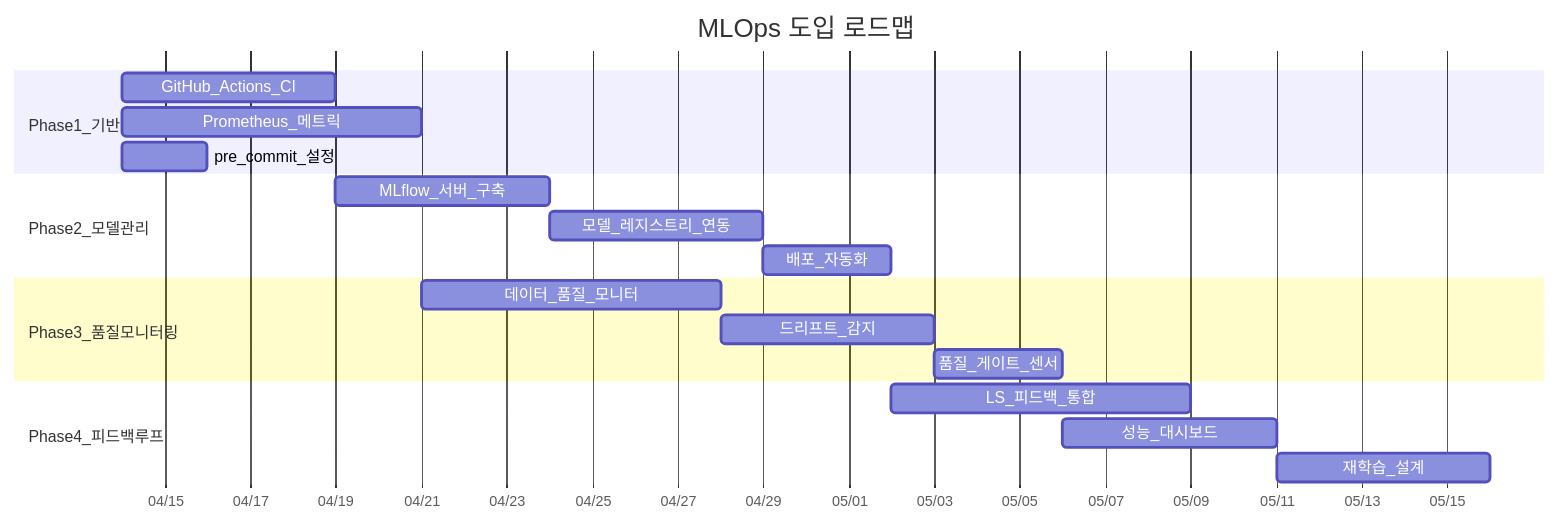
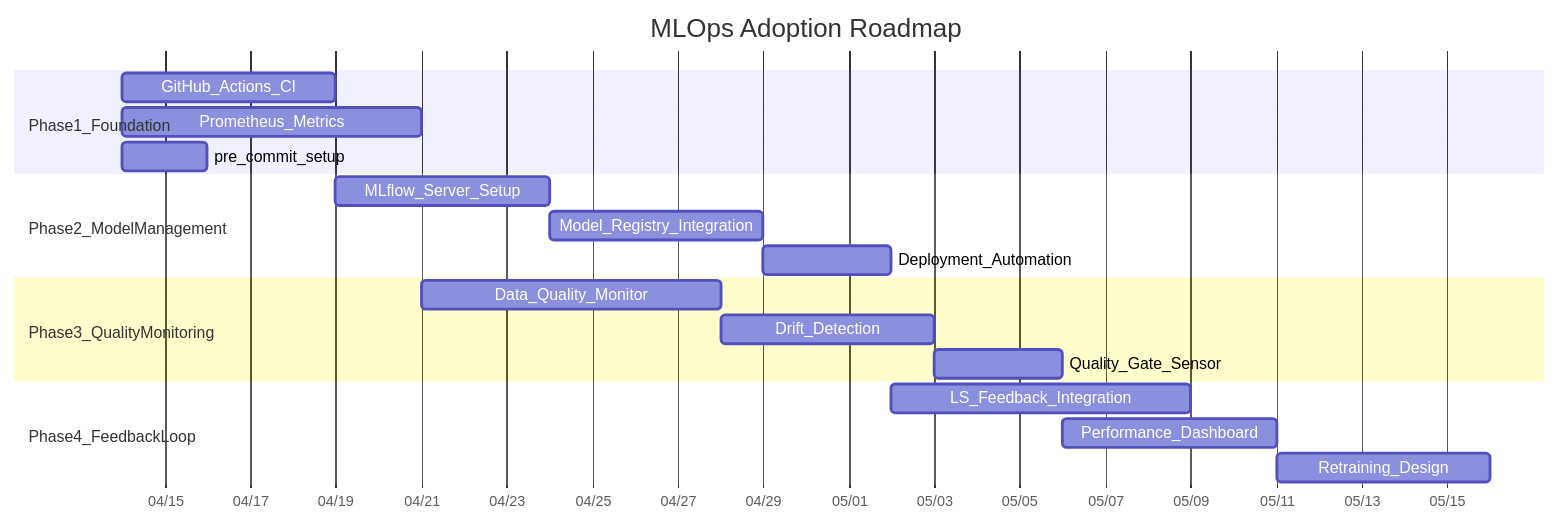
Before and after one commit to Orderlee/pipeline: the second of 2 diagrams in docs/logic/VLM_Pipeline_MLOps_도입_전략.md, drawn with Mermaid. The commit also changed other lines of this file and 128 other files, not shown here.

````diff
--- a/docs/logic/VLM_Pipeline_MLOps_도입_전략.md
+++ b/docs/logic/VLM_Pipeline_MLOps_도입_전략.md
@@ -281,26 +281,26 @@
 ```mermaid
 gantt
-    title MLOps 도입 로드맵
+    title MLOps Adoption Roadmap
     dateFormat YYYY-MM-DD
     axisFormat %m/%d
 
-    section Phase1_기반
+    section Phase1_Foundation
     GitHub_Actions_CI        :p1a, 2026-04-14, 5d
-    Prometheus_메트릭        :p1b, 2026-04-14, 7d
-    pre_commit_설정          :p1c, 2026-04-14, 2d
+    Prometheus_Metrics       :p1b, 2026-04-14, 7d
+    pre_commit_setup         :p1c, 2026-04-14, 2d
 
-    section Phase2_모델관리
-    MLflow_서버_구축         :p2a, after p1a, 5d
-    모델_레지스트리_연동      :p2b, after p2a, 5d
-    배포_자동화              :p2c, after p2b, 3d
+    section Phase2_ModelManagement
+    MLflow_Server_Setup      :p2a, after p1a, 5d
+    Model_Registry_Integration :p2b, after p2a, 5d
+    Deployment_Automation    :p2c, after p2b, 3d
 
-    section Phase3_품질모니터링
-    데이터_품질_모니터        :p3a, after p1b, 7d
-    드리프트_감지            :p3b, after p3a, 5d
-    품질_게이트_센서          :p3c, after p3b, 3d
+    section Phase3_QualityMonitoring
+    Data_Quality_Monitor     :p3a, after p1b, 7d
+    Drift_Detection          :p3b, after p3a, 5d
+    Quality_Gate_Sensor      :p3c, after p3b, 3d
 
-    section Phase4_피드백루프
-    LS_피드백_통합            :p4a, after p2c, 7d
-    성능_대시보드             :p4b, after p3c, 5d
-    재학습_설계              :p4c, after p4b, 5d
+    section Phase4_FeedbackLoop
+    LS_Feedback_Integration  :p4a, after p2c, 7d
+    Performance_Dashboard    :p4b, after p3c, 5d
+    Retraining_Design        :p4c, after p4b, 5d
 ```
````
